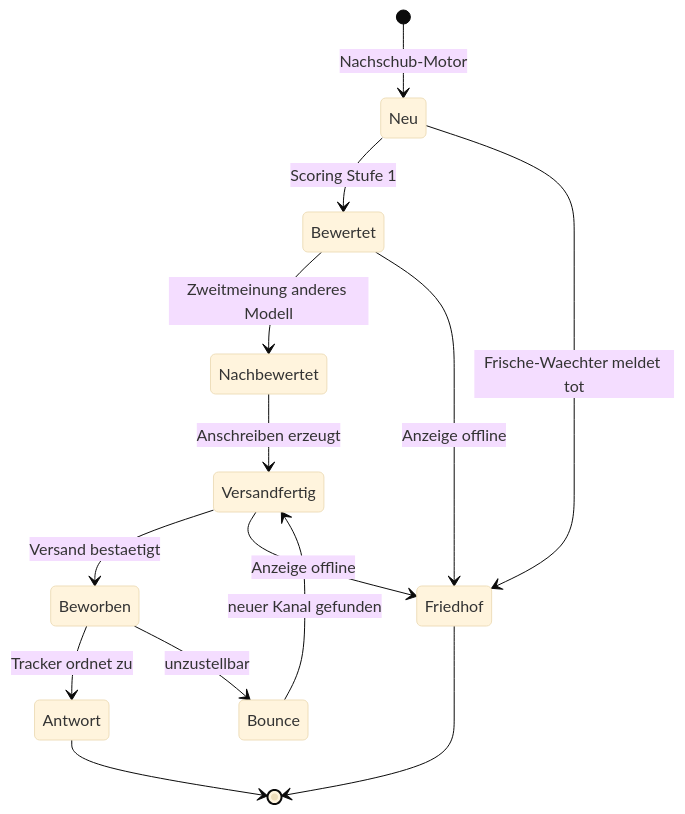
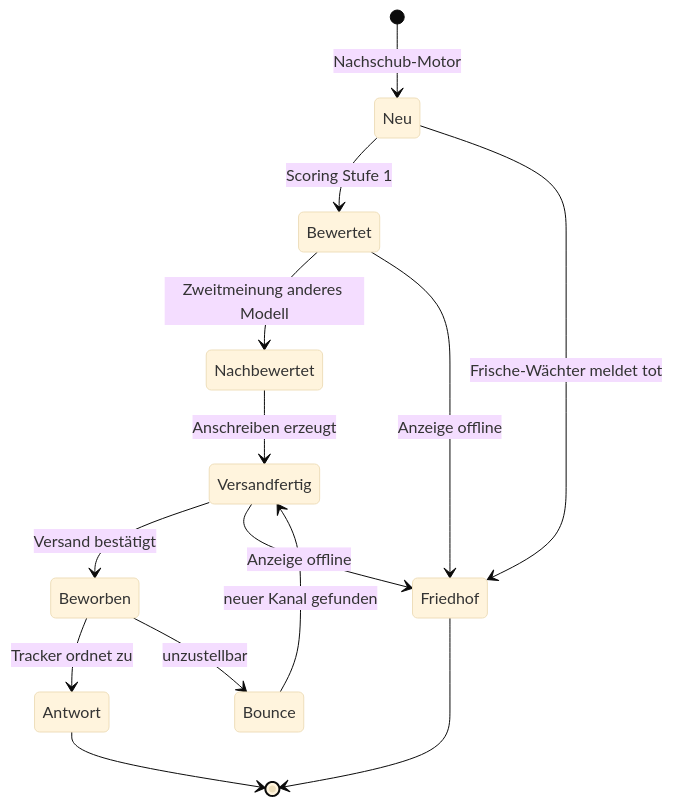
Before and after one commit to Oktay-94/n8n-job-automation: the third of 4 diagrams in README.md, drawn with Mermaid (base theme). The commit also changed other lines of this file, not shown here.

Commit message:
README: Umlaute im Fliesstext und in den Diagrammen

````diff
--- a/README.md
+++ b/README.md
@@ -116,17 +116,17 @@
 ```mermaid
 stateDiagram-v2
     [*] --> Neu: Nachschub-Motor
     Neu --> Bewertet: Scoring Stufe 1
     Bewertet --> Nachbewertet: Zweitmeinung anderes Modell
     Nachbewertet --> Versandfertig: Anschreiben erzeugt
-    Versandfertig --> Beworben: Versand bestaetigt
+    Versandfertig --> Beworben: Versand bestätigt
     Beworben --> Antwort: Tracker ordnet zu
     Antwort --> [*]
 
-    Neu --> Friedhof: Frische-Waechter meldet tot
+    Neu --> Friedhof: Frische-Wächter meldet tot
     Bewertet --> Friedhof: Anzeige offline
     Versandfertig --> Friedhof: Anzeige offline
     Beworben --> Bounce: unzustellbar
     Bounce --> Versandfertig: neuer Kanal gefunden
     Friedhof --> [*]
 ```
````
